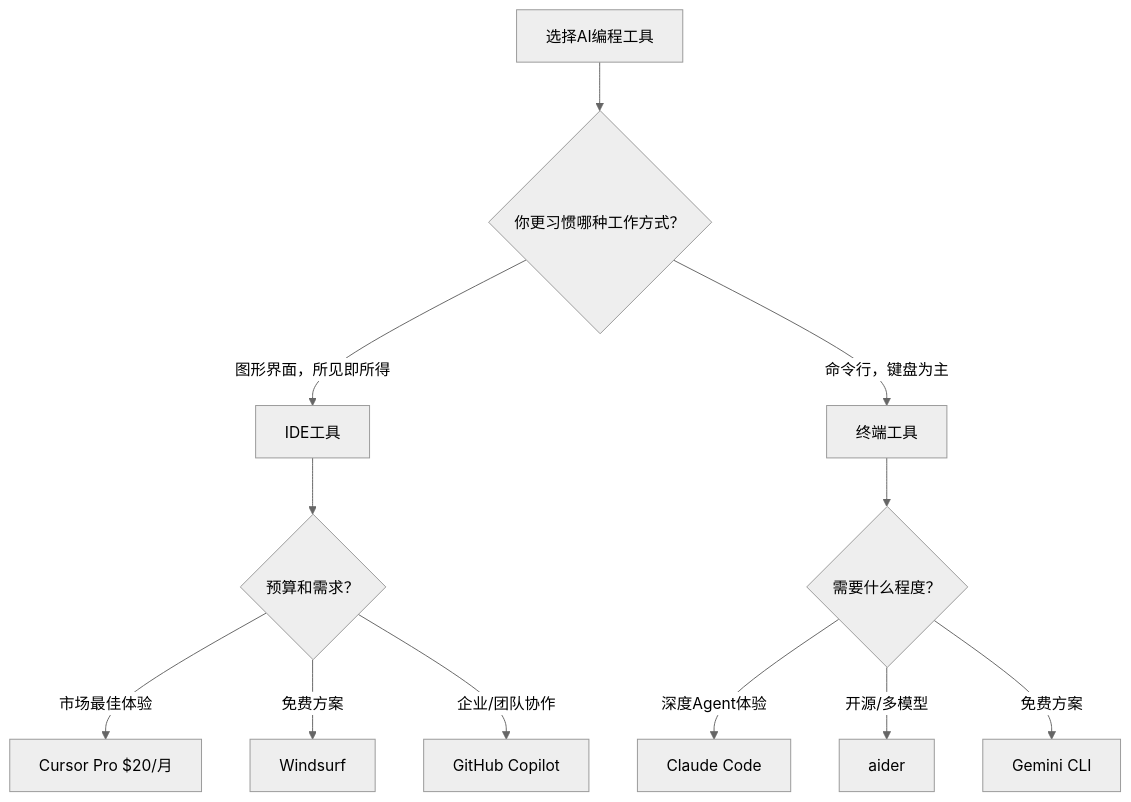
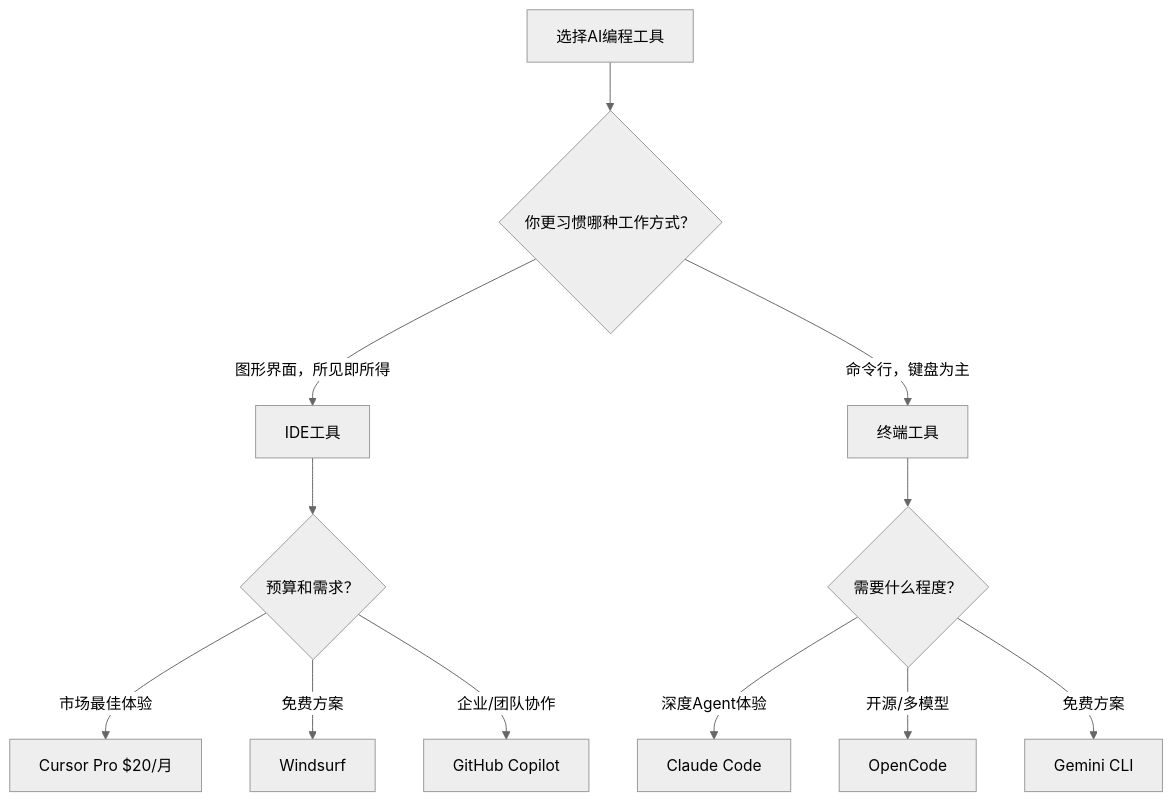
The second of 2 diagrams in docs/chapter-02/tools-comparison.md (cuihe500/ai-study), drawn with Mermaid (neutral theme) before and after one commit. The commit also changed other lines of this file and 1 other file, not shown here.

````diff
--- a/docs/chapter-02/tools-comparison.md
+++ b/docs/chapter-02/tools-comparison.md
@@ -75,16 +74,16 @@
 ```mermaid
 flowchart TD
     A[选择AI编程工具] --> B{你更习惯哪种工作方式？}
     B -->|图形界面，所见即所得| C[IDE工具]
     B -->|命令行，键盘为主| D[终端工具]
 
     C --> E{预算和需求？}
     E -->|市场最佳体验| F[Cursor Pro $20/月]
     E -->|免费方案| G[Windsurf]
     E -->|企业/团队协作| H[GitHub Copilot]
 
     D --> I{需要什么程度？}
     I -->|深度Agent体验| J[Claude Code]
-    I -->|开源/多模型| K[aider]
+    I -->|开源/多模型| K[OpenCode]
     I -->|免费方案| L[Gemini CLI]
 ```
````
